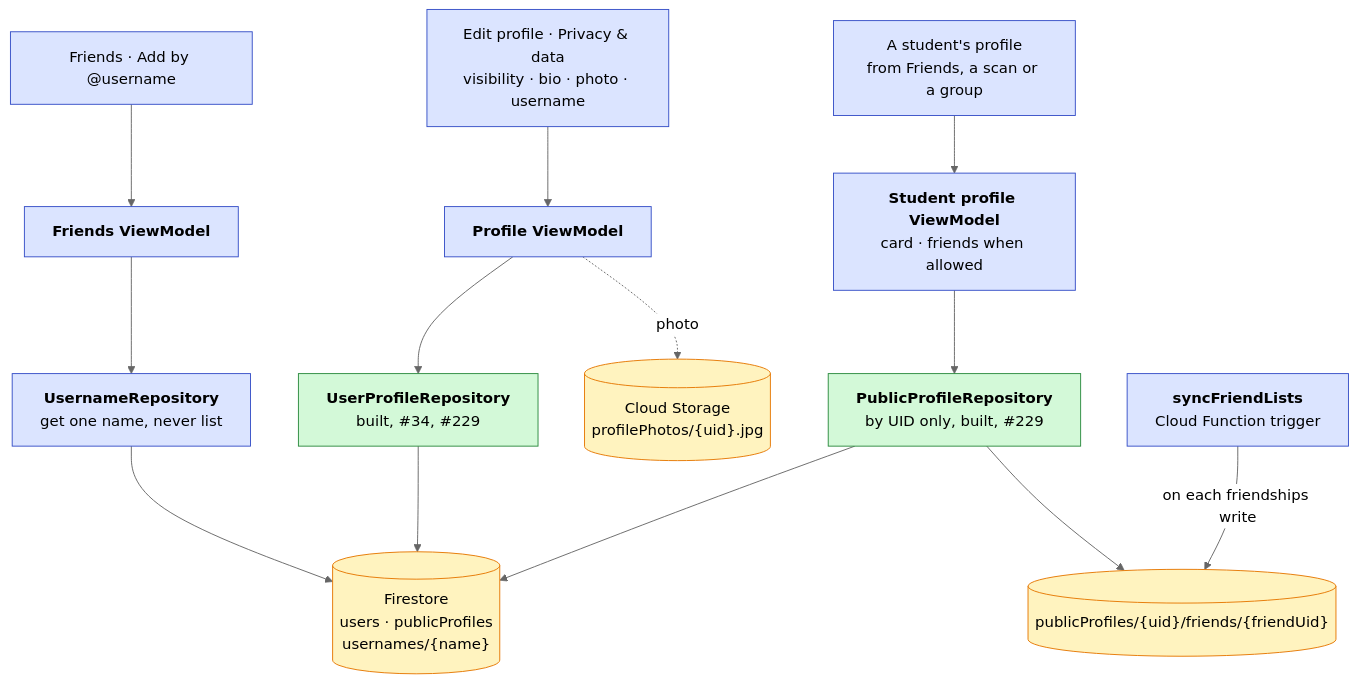
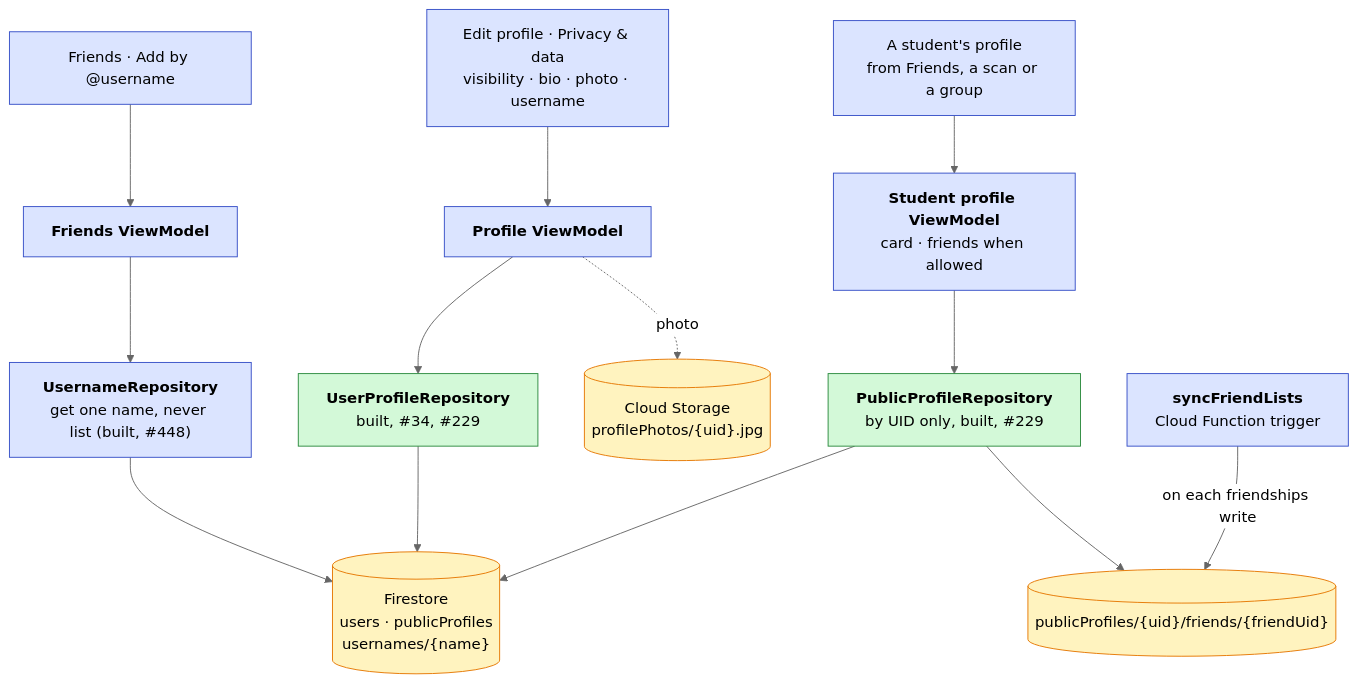
The ninth of 16 diagrams in docs/Architecture-Diagram.md (swent-polysocial/PolySocial), drawn with Mermaid (neutral theme) before and after one commit. The commit also changed other lines of this file and 1 other file, not shown here.

Commit message:
docs: record the username repository
Refs #448

````diff
--- a/docs/Architecture-Diagram.md
+++ b/docs/Architecture-Diagram.md
@@ -657,19 +658,19 @@
 ```mermaid
 flowchart TB
   classDef pb fill:#dbe4ff,stroke:#364fc7,color:#000
   classDef ext fill:#fff3bf,stroke:#e67700,color:#000
   classDef s1 fill:#d3f9d8,stroke:#2b8a3e,color:#000
 
   edit["Edit profile · Privacy & data<br/>visibility · bio · photo · username"]:::pb --> profVM["<b>Profile ViewModel</b>"]:::pb
   other["A student's profile<br/>from Friends, a scan or a group"]:::pb --> otherVM["<b>Student profile ViewModel</b><br/>card · friends when allowed"]:::pb
   add["Friends · Add by @username"]:::pb --> friendsVM["<b>Friends ViewModel</b>"]:::pb
   profVM --> userRepo["<b>UserProfileRepository</b><br/>built, #34, #229"]:::s1
   otherVM --> pub["<b>PublicProfileRepository</b><br/>by UID only, built, #229"]:::s1
-  friendsVM --> names["<b>UsernameRepository</b><br/>get one name, never list"]:::pb
+  friendsVM --> names["<b>UsernameRepository</b><br/>get one name, never list (built, #448)"]:::pb
   userRepo --> fs[("Firestore<br/>users · publicProfiles<br/>usernames/{name}")]:::ext
   pub --> fs
   names --> fs
   profVM -. photo .-> storage[("Cloud Storage<br/>profilePhotos/{uid}.jpg")]:::ext
   sync["<b>syncFriendLists</b><br/>Cloud Function trigger"]:::pb -- "on each friendships write" --> flist[("publicProfiles/{uid}/friends/{friendUid}")]:::ext
   pub --> flist
 ```
````
